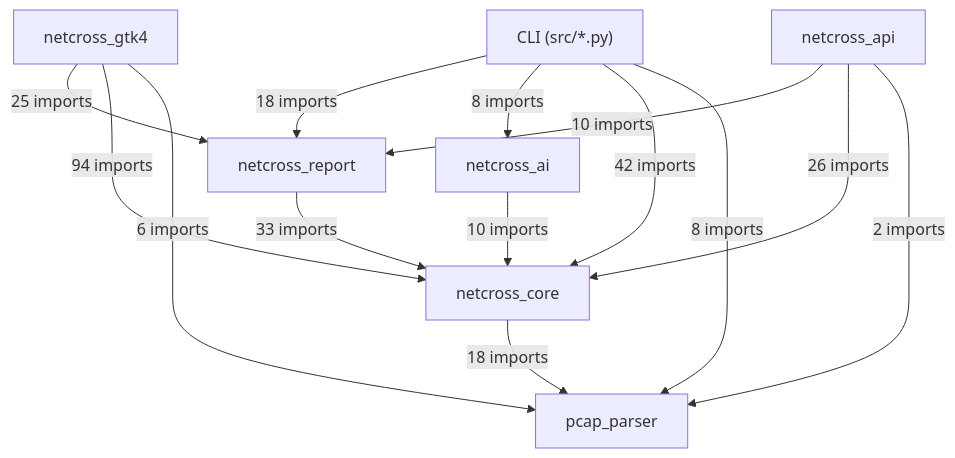
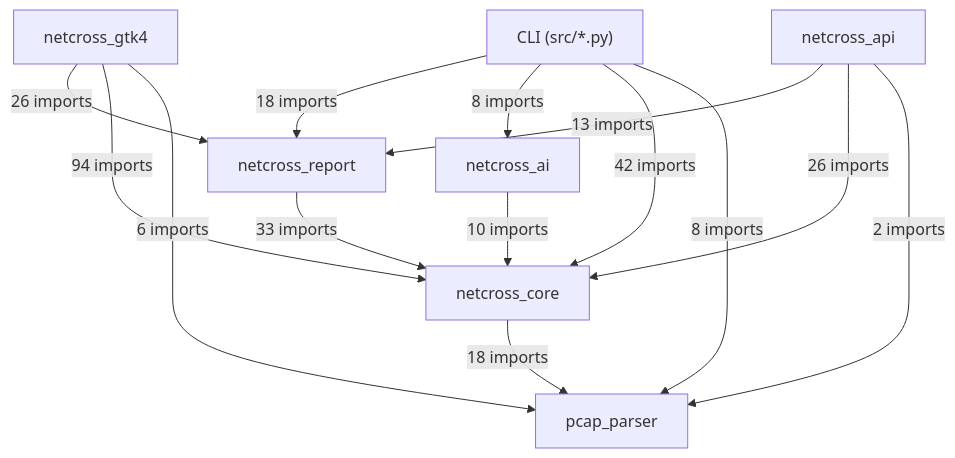
The first of 19 diagrams in docs/class-diagram.md (Mathide-Team/Netcross), drawn with Mermaid before and after one commit. The commit also changed other lines of this file and 13 other files, not shown here.

````diff
--- a/docs/class-diagram.md
+++ b/docs/class-diagram.md
@@ -26,23 +26,23 @@
 ```mermaid
 flowchart TD
     CLI["CLI (src/*.py)"]
     netcross_gtk4["netcross_gtk4"]
     netcross_api["netcross_api"]
     netcross_report["netcross_report"]
     netcross_ai["netcross_ai"]
     netcross_core["netcross_core"]
     pcap_parser["pcap_parser"]
     CLI -->|"18 imports"| netcross_report
     CLI -->|"8 imports"| netcross_ai
     CLI -->|"42 imports"| netcross_core
     CLI -->|"8 imports"| pcap_parser
-    netcross_gtk4 -->|"25 imports"| netcross_report
+    netcross_gtk4 -->|"26 imports"| netcross_report
     netcross_gtk4 -->|"94 imports"| netcross_core
     netcross_gtk4 -->|"6 imports"| pcap_parser
-    netcross_api -->|"10 imports"| netcross_report
+    netcross_api -->|"13 imports"| netcross_report
     netcross_api -->|"26 imports"| netcross_core
     netcross_api -->|"2 imports"| pcap_parser
     netcross_report -->|"33 imports"| netcross_core
     netcross_ai -->|"10 imports"| netcross_core
     netcross_core -->|"18 imports"| pcap_parser
 ```
````
